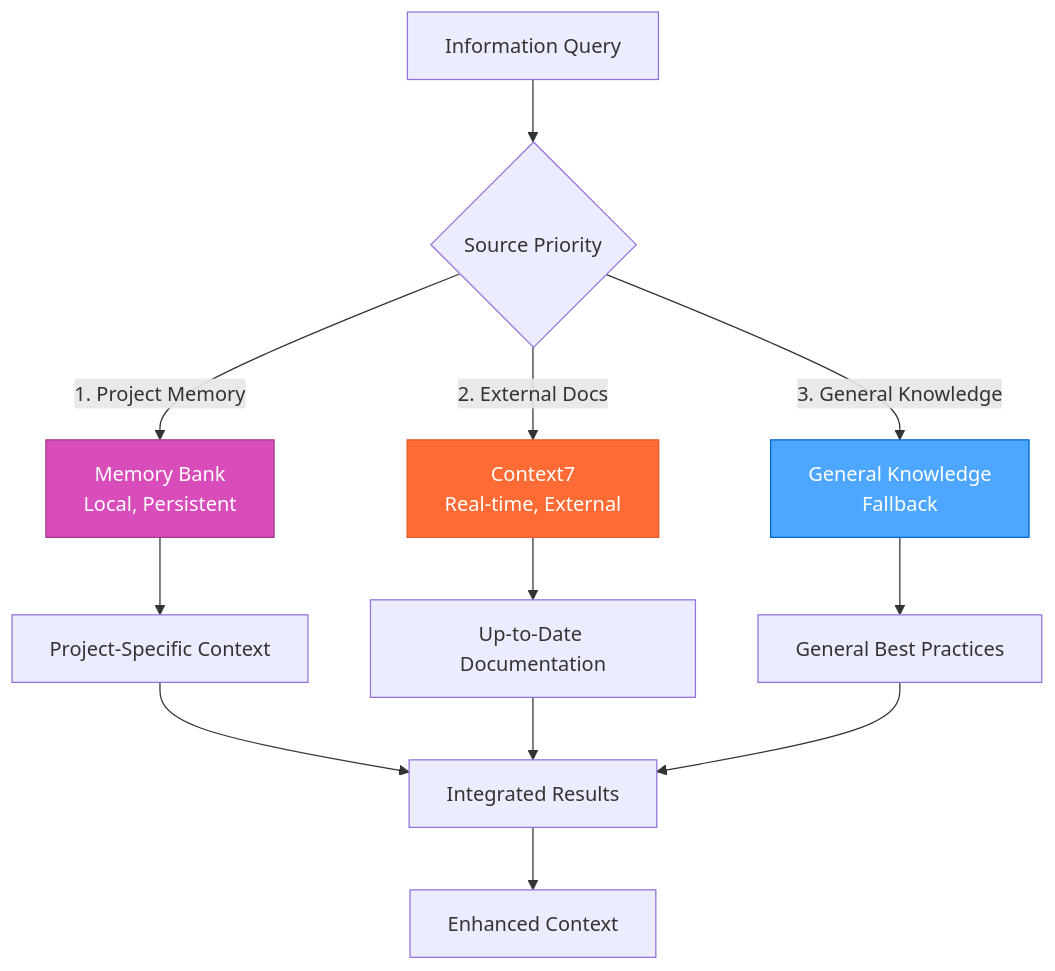
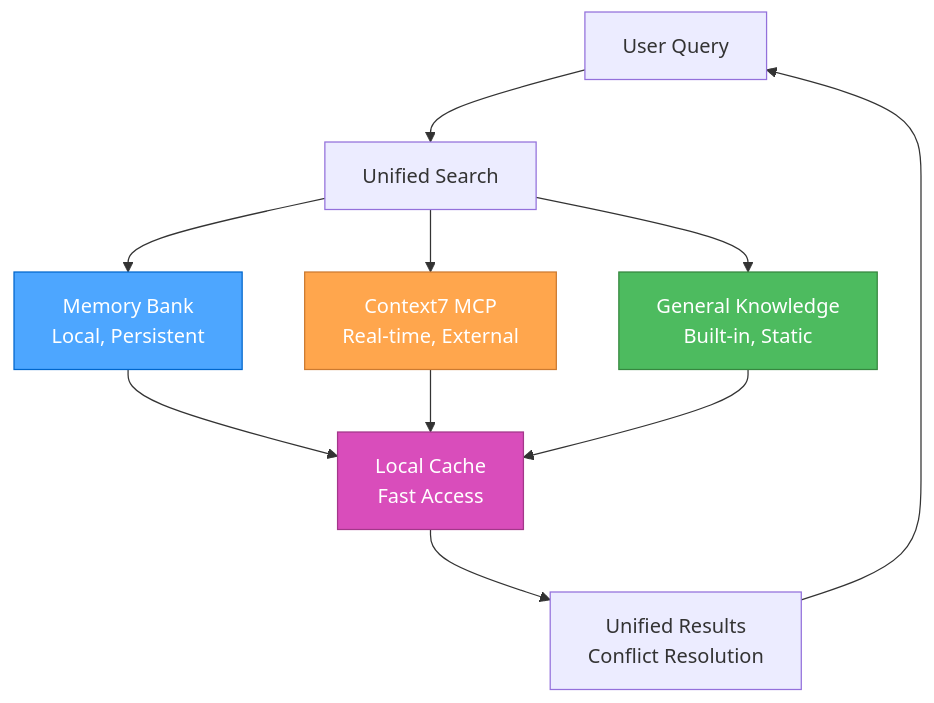
Before and after one commit to JooduG/RPGlitch: the diagram in .cursor/rules/system-documentation.mdc, drawn with Mermaid. The commit also changed other lines of this file and 75 other files, not shown here.

````diff
--- a/.cursor/rules/system-documentation.mdc
+++ b/.cursor/rules/system-documentation.mdc
@@ -22,22 +16,20 @@
 ```mermaid
 graph TD
-    Query["Information Query"] --> Priority{"Source Priority"}
+    User["User Query"] --> Search["Unified Search"]
     
-    Priority -->|"1. Project Memory"| MemoryBank["Memory Bank<br/>Local, Persistent"]
-    Priority -->|"2. External Docs"| Context7["Context7<br/>Real-time, External"]
-    Priority -->|"3. General Knowledge"| General["General Knowledge<br/>Fallback"]
+    Search --> Memory["Memory Bank<br/>Local, Persistent"]
+    Search --> Context7["Context7 MCP<br/>Real-time, External"]
+    Search --> General["General Knowledge<br/>Built-in, Static"]
     
-    MemoryBank --> Local["Project-Specific Context"]
-    Context7 --> External["Up-to-Date Documentation"]
-    General --> Fallback["General Best Practices"]
+    Memory --> Cache["Local Cache<br/>Fast Access"]
+    Context7 --> Cache
+    General --> Cache
     
-    Local --> Integration["Integrated Results"]
-    External --> Integration
-    Fallback --> Integration
+    Cache --> Results["Unified Results<br/>Conflict Resolution"]
+    Results --> User
     
-    Integration --> Delivery["Enhanced Context"]
-    
-    style MemoryBank fill:#d94dbb,stroke:#a3378a,color:white
-    style Context7 fill:#ff6b35,stroke:#e55a2b,color:white
-    style General fill:#4da6ff,stroke:#0066cc,color:white
+    style Memory fill:#4da6ff,stroke:#0066cc,color:white
+    style Context7 fill:#ffa64d,stroke:#cc7a30,color:white
+    style General fill:#4dbb5f,stroke:#36873f,color:white
+    style Cache fill:#d94dbb,stroke:#a3378a,color:white
 ```
````
